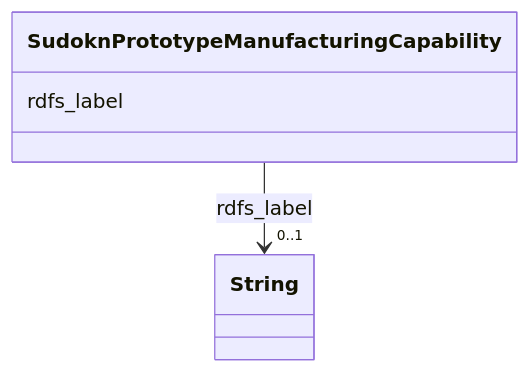
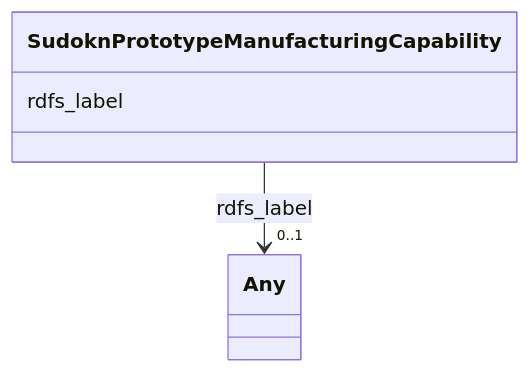
The diagram in sudokn-kg/classes/SudoknPrototypeManufacturingCapability.md (frink-okn/graph-descriptions), drawn with Mermaid before and after one commit. The commit also changed other lines of this file and 903 other files, not shown here.

````diff
--- a/sudokn-kg/classes/SudoknPrototypeManufacturingCapability.md
+++ b/sudokn-kg/classes/SudoknPrototypeManufacturingCapability.md
@@ -23,15 +18,15 @@
 ```mermaid
  classDiagram
     class SudoknPrototypeManufacturingCapability
     click SudoknPrototypeManufacturingCapability href "../SudoknPrototypeManufacturingCapability"
       SudoknPrototypeManufacturingCapability : rdfs_label
         
           
     
     
-    SudoknPrototypeManufacturingCapability --> "0..1" String : rdfs_label
-    click String href "../String"
+    SudoknPrototypeManufacturingCapability --> "0..1" Any : rdfs_label
+    click Any href "../Any"
 
         
       
 ```
````
